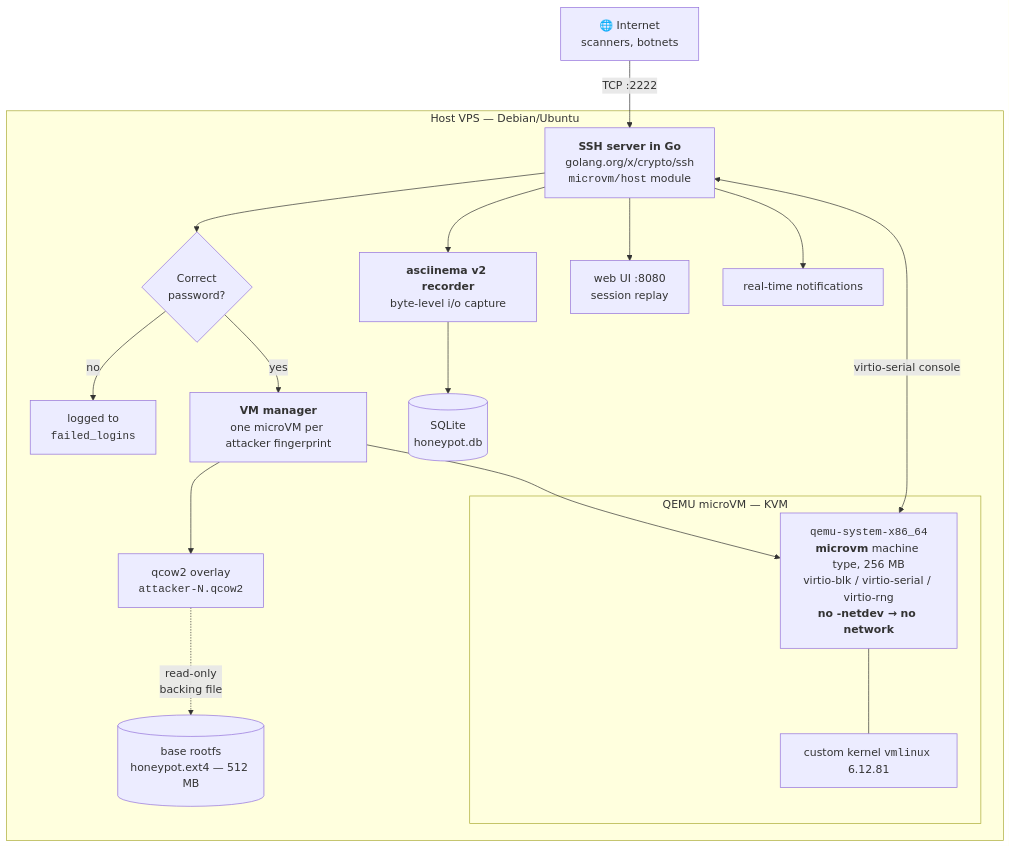
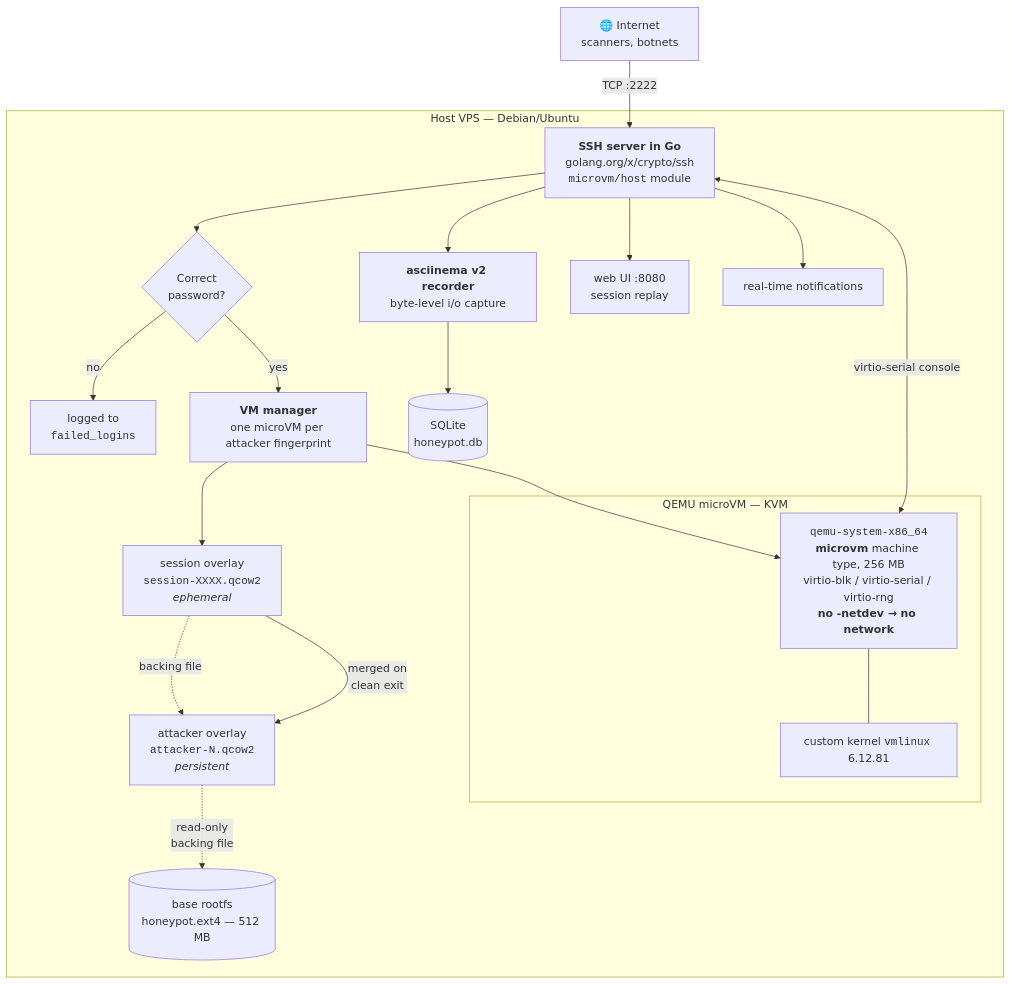
The first of 9 diagrams in README.md (Vr00mm/honeypot-writeup), drawn with Mermaid before and after one commit. The commit also changed other lines of this file and 1 other file, not shown here.

````diff
--- a/README.md
+++ b/README.md
@@ -35,28 +35,30 @@
 ```mermaid
 flowchart TB
     NET["🌐 Internet<br/>scanners, botnets"] -->|"TCP :2222"| GO
 
     subgraph HOST["Host VPS — Debian/Ubuntu"]
         GO["<b>SSH server in Go</b><br/>golang.org/x/crypto/ssh<br/><code>microvm/host</code> module"]
         GO --> AUTH{"Correct<br/>password?"}
         AUTH -->|no| LOG1["logged to<br/><code>failed_logins</code>"]
         AUTH -->|yes| POOL["<b>VM manager</b><br/>one microVM per attacker fingerprint"]
 
-        POOL --> OVL["qcow2 overlay<br/><code>attacker-N.qcow2</code>"]
+        POOL --> SOVL["session overlay<br/><code>session-XXXX.qcow2</code><br/><i>ephemeral</i>"]
+        SOVL -.->|backing file| OVL["attacker overlay<br/><code>attacker-N.qcow2</code><br/><i>persistent</i>"]
+        SOVL -->|"merged on<br/>clean exit"| OVL
         OVL -.->|read-only<br/>backing file| BASE[("base rootfs<br/>honeypot.ext4 — 512 MB")]
 
         POOL --> QEMU
 
         subgraph VM["QEMU microVM — KVM"]
             QEMU["<code>qemu-system-x86_64</code><br/><b>microvm</b> machine type, 256 MB<br/>virtio-blk / virtio-serial / virtio-rng<br/><b>no -netdev → no network</b>"]
             KERN["custom kernel <code>vmlinux</code> 6.12.81"]
             QEMU --- KERN
         end
 
         QEMU <-->|"virtio-serial console"| GO
         GO --> REC["<b>asciinema v2 recorder</b><br/>byte-level i/o capture"]
         REC --> DB[("SQLite<br/>honeypot.db")]
         GO --> WEB["web UI :8080<br/>session replay"]
         GO --> HOOK["real-time notifications"]
     end
 ```
````
